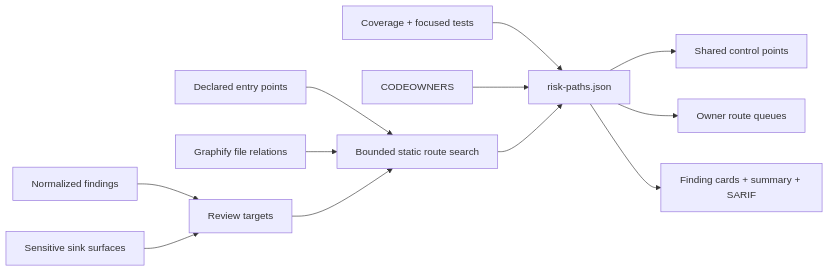
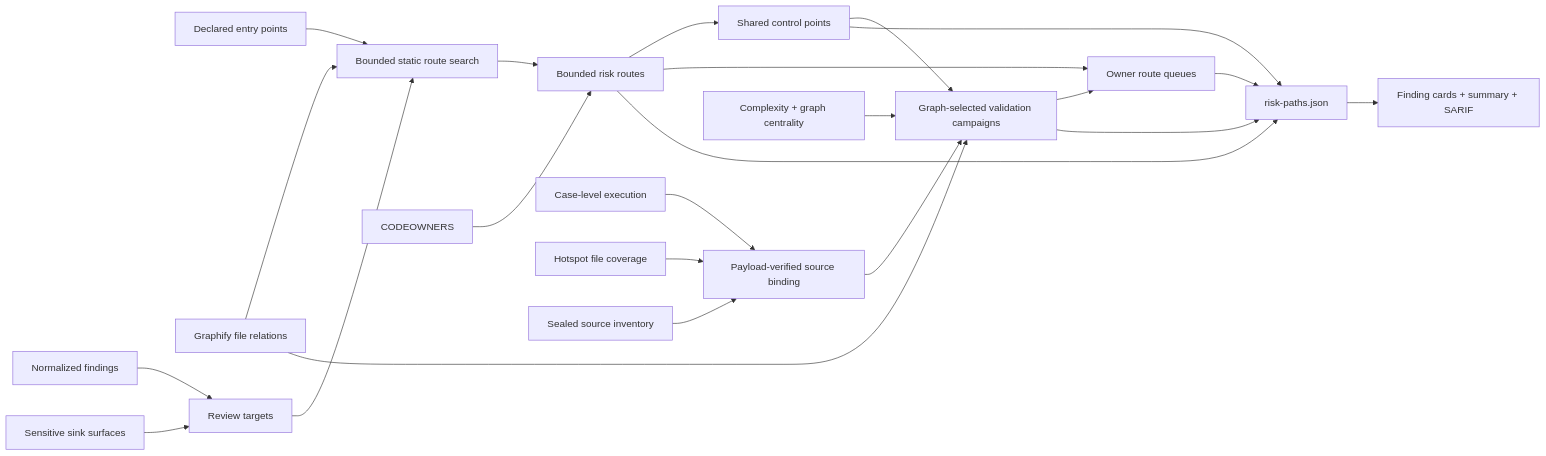
The seventh of 12 diagrams in docs/design.md (willtran87/project-py-security-suite), drawn with Mermaid before and after one commit. The commit also changed other lines of this file and 18 other files, not shown here.

Commit message:
Bind validation campaigns to source evidence

````diff
--- a/docs/design.md
+++ b/docs/design.md
@@ -344,14 +347,25 @@
 ```mermaid
 flowchart LR
     Entry["Declared entry points"] --> Search["Bounded static route search"]
     Graph["Graphify file relations"] --> Search
     Findings["Normalized findings"] --> Targets["Review targets"]
     Exposure["Sensitive sink surfaces"] --> Targets
     Targets --> Search
-    Validation["Coverage + focused tests"] --> Routes["risk-paths.json"]
-    Ownership["CODEOWNERS"] --> Routes
-    Search --> Routes
-    Routes --> Hotspots["Shared control points"]
-    Routes --> Queues["Owner route queues"]
+    Ownership["CODEOWNERS"] --> Routed["Bounded risk routes"]
+    Search --> Routed
+    Routed --> Hotspots["Shared control points"]
+    Graph --> Campaigns["Graph-selected validation campaigns"]
+    Hotspots --> Campaigns
+    Tests["Case-level execution"] --> Binding["Payload-verified source binding"]
+    Coverage["Hotspot file coverage"] --> Binding
+    Inventory["Sealed source inventory"] --> Binding
+    Binding --> Campaigns
+    Context["Complexity + graph centrality"] --> Campaigns
+    Routed --> Queues["Owner route queues"]
+    Campaigns --> Queues
+    Routed --> Routes["risk-paths.json"]
+    Hotspots --> Routes
+    Campaigns --> Routes
+    Queues --> Routes
     Routes --> Report["Finding cards + summary + SARIF"]
 ```
````
